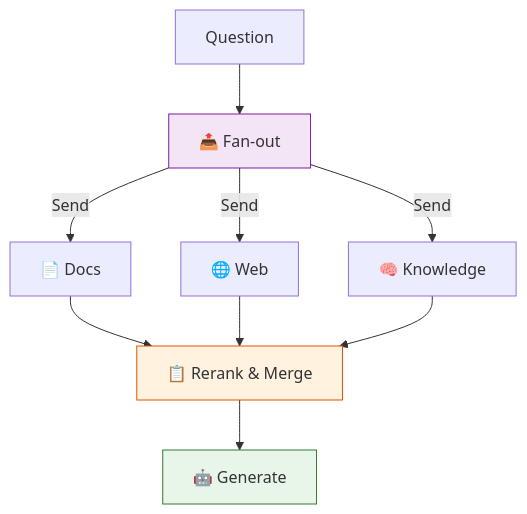
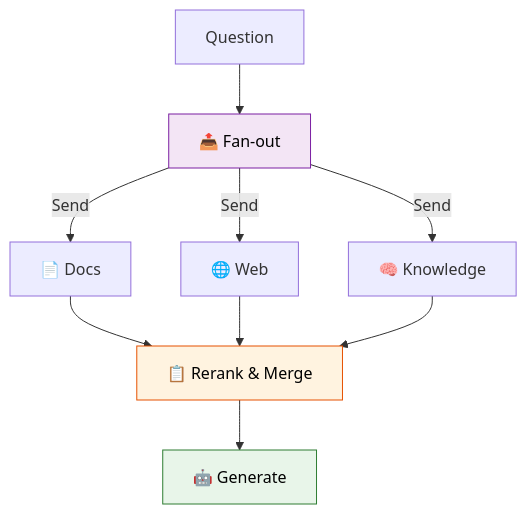
One commit to remolaan/Agentic-AI-Cookbook changed the diagram in 45_multi_source_rag_project/README.md. Above: the diagram before and after it, drawn with Mermaid. The commit also changed 45 other files, not shown here.

Commit message:
Fix Mermaid diagram text colors for readability across all READMEs

````diff
--- a/45_multi_source_rag_project/README.md
+++ b/45_multi_source_rag_project/README.md
@@ -5,14 +5,14 @@
 ```mermaid
 flowchart TD
     Q["Question"] --> F["📤 Fan-out"]
     F -->|"Send"| D["📄 Docs"]
     F -->|"Send"| W["🌐 Web"]
     F -->|"Send"| K["🧠 Knowledge"]
     D --> R["📋 Rerank & Merge"]
     W --> R
     K --> R
     R --> G["🤖 Generate"]
-    style F fill:#f3e5f5,stroke:#7b1fa2
-    style R fill:#fff3e0,stroke:#e65100
-    style G fill:#e8f5e9,stroke:#2e7d32
+    style F fill:#f3e5f5,stroke:#7b1fa2,color:#000000
+    style R fill:#fff3e0,stroke:#e65100,color:#000000
+    style G fill:#e8f5e9,stroke:#2e7d32,color:#000000
 ```
````
